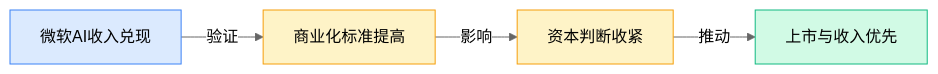
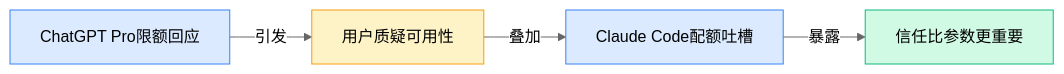
Before and after one commit to ylzsdafei/ai-daily-site: the third of 7 diagrams in content/cn/blog/weekly/2026-W16.md, drawn with Mermaid (neutral theme). The commit also changed other lines of this file and 2 other files, not shown here.

Commit message:
fix: 展开详细图谱改超链接样式 + 更新周报内容

````diff
--- a/content/cn/blog/weekly/2026-W16.md
+++ b/content/cn/blog/weekly/2026-W16.md
@@ -83,12 +82,12 @@
 ```mermaid
 graph LR
-A[微软AI收入兑现] -->|验证| B[商业化标准提高]
-B -->|影响| C[资本判断收紧]
-C -->|推动| D[上市与收入优先]
+A[ChatGPT Pro限额回应]-->|引发|B[用户质疑可用性]
+B-->|叠加|C[Claude Code配额吐槽]
+C-->|暴露|D[信任比参数更重要]
 classDef blue fill:#dbeafe,stroke:#3b82f6
 classDef yellow fill:#fef3c7,stroke:#f59e0b
 classDef green fill:#d1fae5,stroke:#10b981
-class A blue
-class B,C yellow
+class A,C blue
+class B yellow
 class D green
 ```
````
